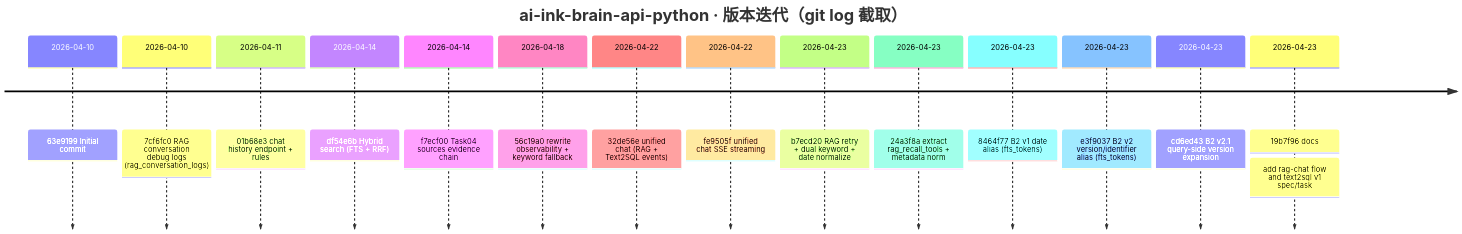
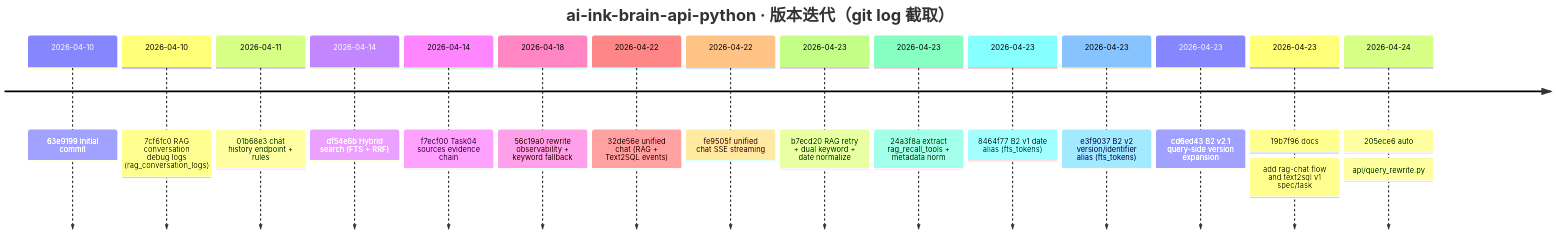
The diagram in docs/_tech_graph/02_version.md (Cyning12/ai-ink-brain-api-python), drawn with Mermaid before and after one commit. The commit also changed 3 other files, not shown here.

````diff
--- a/docs/_tech_graph/02_version.md
+++ b/docs/_tech_graph/02_version.md
@@ -1,19 +1,20 @@
 ```mermaid
 timeline
   title ai-ink-brain-api-python · 版本迭代（git log 截取）
 
   2026-04-10 : 63e9199 Initial commit
   2026-04-10 : 7cf6fc0 RAG conversation debug logs (rag_conversation_logs)
   2026-04-11 : 01b68e3 chat history endpoint + rules
   2026-04-14 : df54e6b Hybrid search (FTS + RRF)
   2026-04-14 : f7ecf00 Task04 sources evidence chain
   2026-04-18 : 56c19a0 rewrite observability + keyword fallback
   2026-04-22 : 32de56e unified chat (RAG + Text2SQL events)
   2026-04-22 : fe9505f unified chat SSE streaming
   2026-04-23 : b7ecd20 RAG retry + dual keyword + date normalize
   2026-04-23 : 24a3f8a extract rag_recall_tools + metadata norm
   2026-04-23 : 8464f77 B2 v1 date alias (fts_tokens)
   2026-04-23 : e3f9037 B2 v2 version/identifier alias (fts_tokens)
   2026-04-23 : cd6ed43 B2 v2.1 query-side version expansion
   2026-04-23 : 19b7f96 docs: add rag-chat flow and text2sql v1 spec/task
+  2026-04-24 : 205ece6 auto: api/query_rewrite.py
 ```
````
